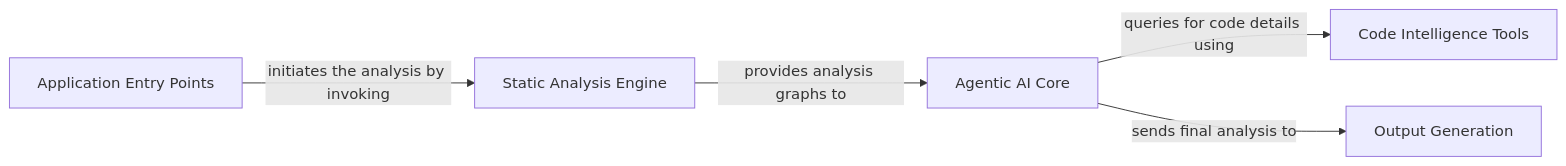
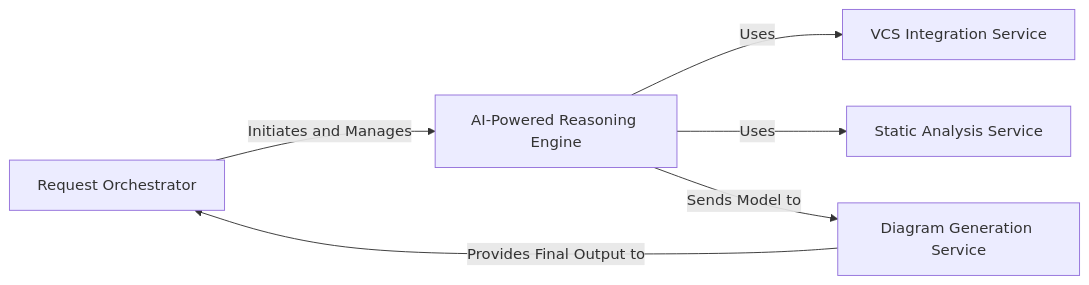
One commit to CodeBoarding/GeneratedOnBoardings changed the diagram in CodeBoarding/on_boarding.md. Above: the diagram before and after it, drawn with Mermaid. The commit also changed other lines of this file and 3 other files, not shown here.

Commit message:
Uploading onboarding materials for CodeBoarding

````diff
--- a/CodeBoarding/on_boarding.md
+++ b/CodeBoarding/on_boarding.md
@@ -1,13 +1,15 @@
 ```mermaid
 graph LR
-    Application_Entry_Points["Application Entry Points"]
-    Static_Analysis_Engine["Static Analysis Engine"]
-    Agentic_AI_Core["Agentic AI Core"]
-    Code_Intelligence_Tools["Code Intelligence Tools"]
-    Output_Generation["Output Generation"]
-    Application_Entry_Points -- "initiates the analysis by invoking" --> Static_Analysis_Engine
-    Static_Analysis_Engine -- "provides analysis graphs to" --> Agentic_AI_Core
-    Agentic_AI_Core -- "queries for code details using" --> Code_Intelligence_Tools
-    Agentic_AI_Core -- "sends final analysis to" --> Output_Generation
-    click Agentic_AI_Core href "https://github.com/CodeBoarding/GeneratedOnBoardings/blob/main/CodeBoarding/Agentic_AI_Core.md" "Details"
+    Request_Orchestrator["Request Orchestrator"]
+    VCS_Integration_Service["VCS Integration Service"]
+    Static_Analysis_Service["Static Analysis Service"]
+    AI_Powered_Reasoning_Engine["AI-Powered Reasoning Engine"]
+    Diagram_Generation_Service["Diagram Generation Service"]
+    Request_Orchestrator -- "Initiates and Manages" --> AI_Powered_Reasoning_Engine
+    AI_Powered_Reasoning_Engine -- "Uses" --> VCS_Integration_Service
+    AI_Powered_Reasoning_Engine -- "Uses" --> Static_Analysis_Service
+    AI_Powered_Reasoning_Engine -- "Sends Model to" --> Diagram_Generation_Service
+    Diagram_Generation_Service -- "Provides Final Output to" --> Request_Orchestrator
+    click Request_Orchestrator href "https://github.com/CodeBoarding/GeneratedOnBoardings/blob/main/CodeBoarding/Request_Orchestrator.md" "Details"
+    click AI_Powered_Reasoning_Engine href "https://github.com/CodeBoarding/GeneratedOnBoardings/blob/main/CodeBoarding/AI_Powered_Reasoning_Engine.md" "Details"
 ```
````
